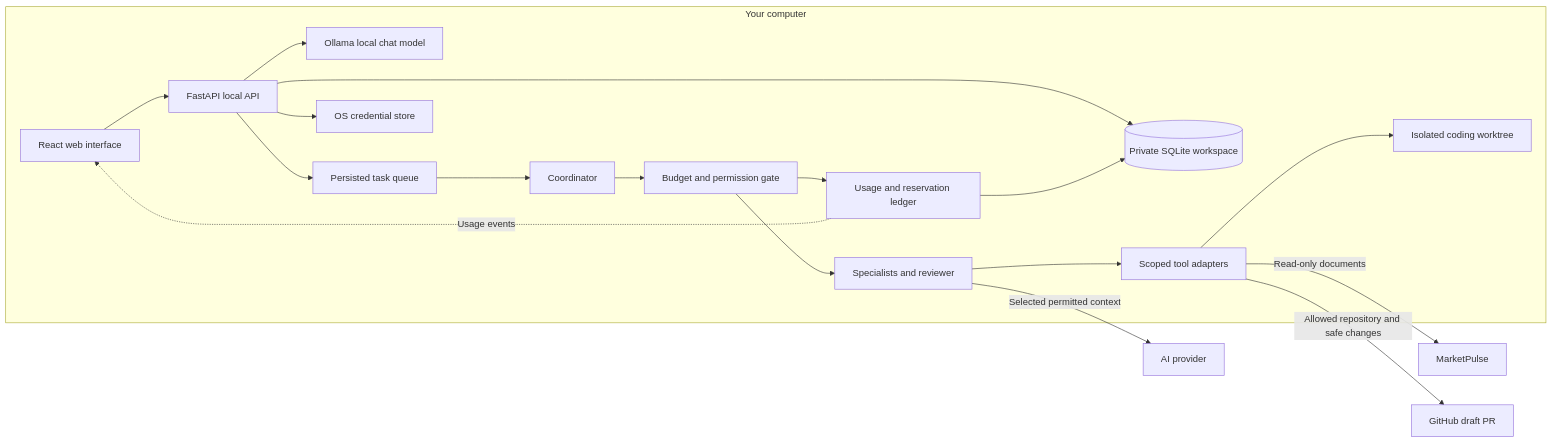
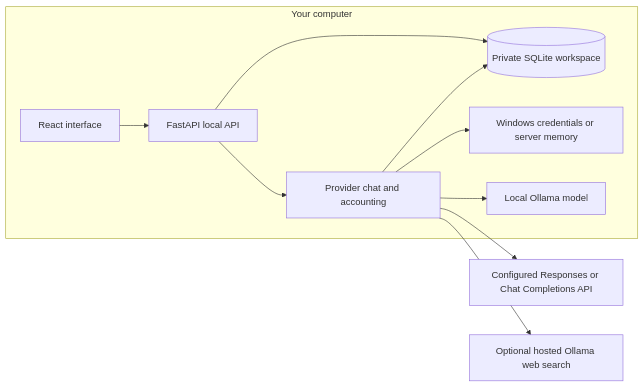
Before and after one commit to erikmalm/maestro: the diagram in docs/ARCHITECTURE.md, drawn with Mermaid. The commit also changed other lines of this file and 22 other files, not shown here.

````diff
--- a/docs/ARCHITECTURE.md
+++ b/docs/ARCHITECTURE.md
@@ -13,33 +7,19 @@
 ```mermaid
 flowchart LR
     subgraph Computer[Your computer]
-        UI[React web interface]
+        UI[React interface]
         API[FastAPI local API]
-        LocalModel[Ollama local chat model]
-        Queue[Persisted task queue]
-        Coordinator[Coordinator]
-        Gate[Budget and permission gate]
-        Specialists[Specialists and reviewer]
-        Ledger[Usage and reservation ledger]
+        Chat[Provider chat and accounting]
         DB[(Private SQLite workspace)]
-        Keys[OS credential store]
-        Tools[Scoped tool adapters]
-        Worktree[Isolated coding worktree]
+        Keys[Windows credentials or server memory]
+        Ollama[Local Ollama model]
         UI --> API
-        API --> LocalModel
         API --> DB
-        API --> Queue
-        Queue --> Coordinator
-        Coordinator --> Gate
-        Gate --> Specialists
-        Gate --> Ledger
-        Ledger --> DB
-        Specialists --> Tools
-        Tools --> Worktree
-        API --> Keys
+        API --> Chat
+        Chat --> DB
+        Chat --> Keys
+        Chat --> Ollama
     end
-    Specialists -->|Selected permitted context| Provider[AI provider]
-    Tools -->|Read-only documents| MarketPulse[MarketPulse]
-    Tools -->|Allowed repository and safe changes| GitHub[GitHub draft PR]
-    Ledger -. Usage events .-> UI
+    Chat --> Remote[Configured Responses or Chat Completions API]
+    Chat --> Search[Optional hosted Ollama web search]
 ```
````
